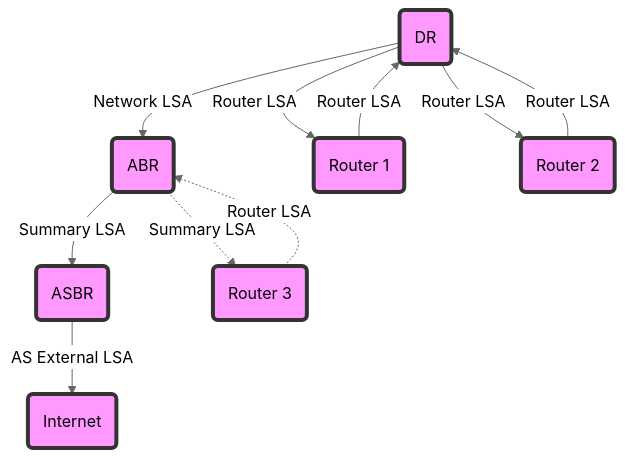
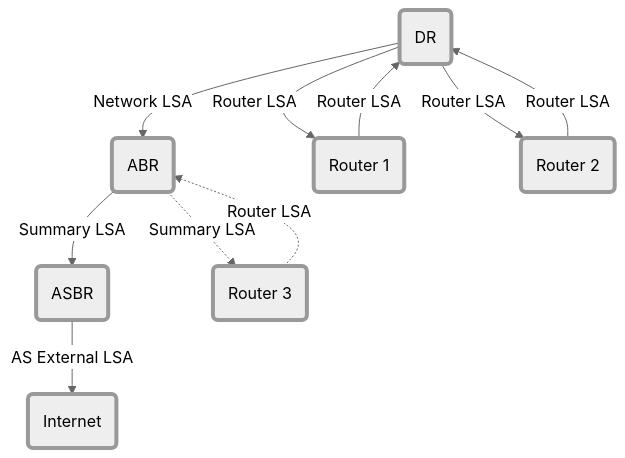
The second of 3 diagrams in src/_learning/net-spe-OSPF.md (YamazakiNorihito/jekyll-serif-theme), drawn with Mermaid (neutral theme) before and after one commit. The commit also changed other lines of this file and 70 other files, not shown here.

````diff
--- a/src/_learning/net-spe-OSPF.md
+++ b/src/_learning/net-spe-OSPF.md
@@ -155,16 +155,16 @@
 ```mermaid
 graph TD
     Internet(Internet)
     ASBR(ASBR) -->|AS External LSA| Internet
     ABR(ABR) -->|Summary LSA| ASBR
     DR(DR) -->|Network LSA| ABR
     Router1(Router 1) -->|Router LSA| DR
     Router2(Router 2) -->|Router LSA| DR
     Router3(Router 3) -.->|Router LSA| ABR
     DR -->|Router LSA| Router1
     DR -->|Router LSA| Router2
     ABR -.->|Summary LSA| Router3
 
-classDef ospf fill:#f9f,stroke:#333,stroke-width:4px;
+classDef ospf fill:##f9f,stroke:##333,stroke-width:4px;
 class Internet,ASBR,ABR,DR,Router1,Router2,Router3 ospf;
 ```
````
